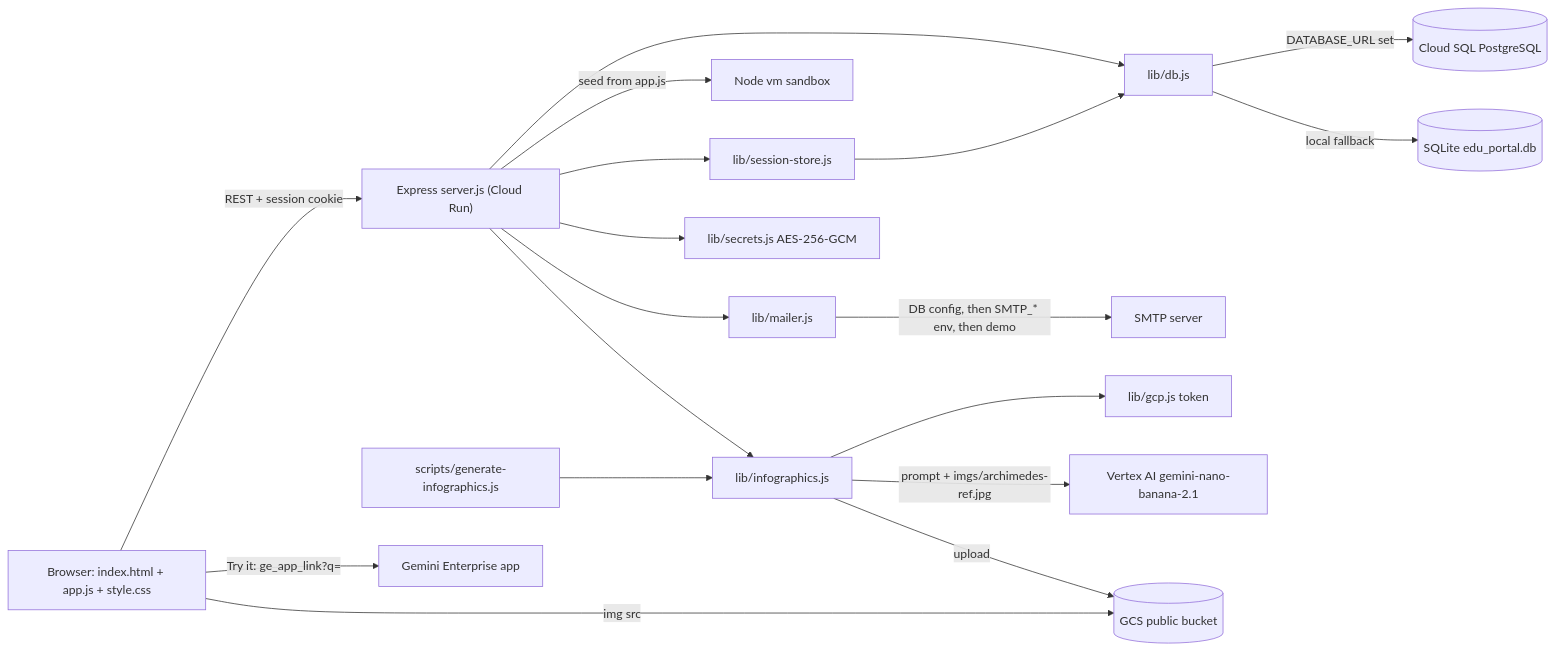
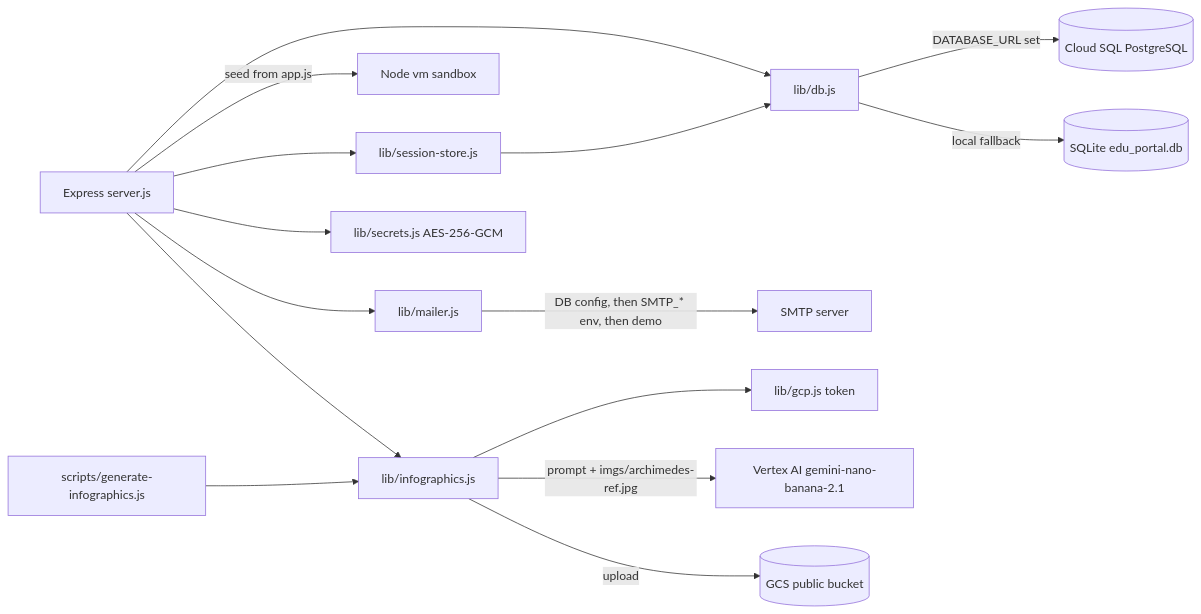
One commit to MrRoyRoy/ge_learning_portal_edu changed the second of 4 diagrams in README.md. Above: the diagram before and after it, drawn with Mermaid. The commit also changed other lines of this file and 8 other files, not shown here.

Commit message:
Default admins listed in Admins tab with enable/disable (keep >=1 active super); remove demo-admin; README architecture diagrams

````diff
--- a/README.md
+++ b/README.md
@@ -109,20 +140,17 @@
 ```mermaid
 flowchart LR
-  Browser["Browser: index.html + app.js + style.css"] -->|"REST + session cookie"| Express["Express server.js (Cloud Run)"]
-  Express --> Store["lib/session-store.js"]
+  Express["Express server.js"] --> Store["lib/session-store.js"]
   Express --> DBL["lib/db.js"]
   Store --> DBL
   DBL -->|"DATABASE_URL set"| PG[("Cloud SQL PostgreSQL")]
   DBL -->|"local fallback"| SQLite[("SQLite edu_portal.db")]
   Express -->|"seed from app.js"| VM["Node vm sandbox"]
   Express --> Mailer["lib/mailer.js"]
   Mailer -->|"DB config, then SMTP_* env, then demo"| SMTP["SMTP server"]
   Express --> Secrets["lib/secrets.js AES-256-GCM"]
   Express --> Info["lib/infographics.js"]
   CLI["scripts/generate-infographics.js"] --> Info
   Info --> GCP["lib/gcp.js token"]
   Info -->|"prompt + imgs/archimedes-ref.jpg"| Vertex["Vertex AI gemini-nano-banana-2.1"]
   Info -->|"upload"| GCS[("GCS public bucket")]
-  Browser -->|"img src"| GCS
-  Browser -->|"Try it: ge_app_link?q="| GE["Gemini Enterprise app"]
 ```
````
